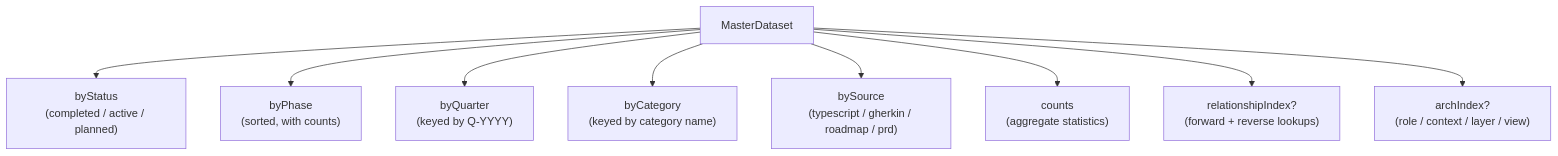
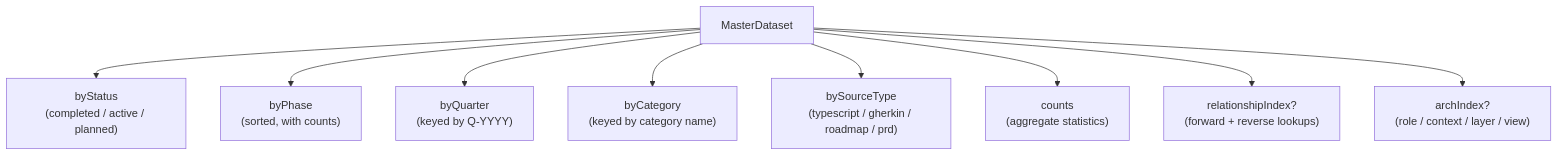
Before and after one commit to libar-dev/architect: the diagram in docs-live/reference/ARCHITECTURE-TYPES.md, drawn with Mermaid. The commit also changed other lines of this file and 30 other files, not shown here.

````diff
--- a/docs-live/reference/ARCHITECTURE-TYPES.md
+++ b/docs-live/reference/ARCHITECTURE-TYPES.md
@@ -423,12 +426,12 @@
 ```mermaid
 graph TB
     MD[MasterDataset]
     MD --> byStatus["byStatus<br/>(completed / active / planned)"]
     MD --> byPhase["byPhase<br/>(sorted, with counts)"]
     MD --> byQuarter["byQuarter<br/>(keyed by Q-YYYY)"]
     MD --> byCategory["byCategory<br/>(keyed by category name)"]
-    MD --> bySource["bySource<br/>(typescript / gherkin / roadmap / prd)"]
+    MD --> bySourceType["bySourceType<br/>(typescript / gherkin / roadmap / prd)"]
     MD --> counts["counts<br/>(aggregate statistics)"]
     MD --> RI["relationshipIndex?<br/>(forward + reverse lookups)"]
     MD --> AI["archIndex?<br/>(role / context / layer / view)"]
 ```
````
